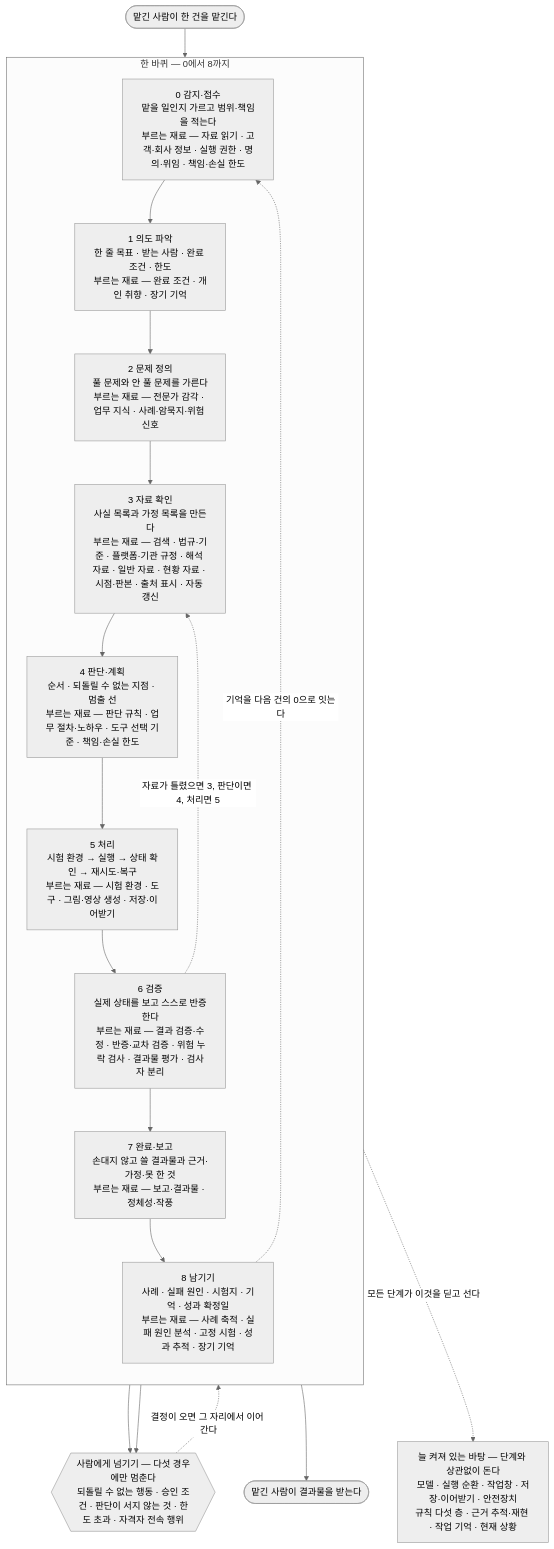
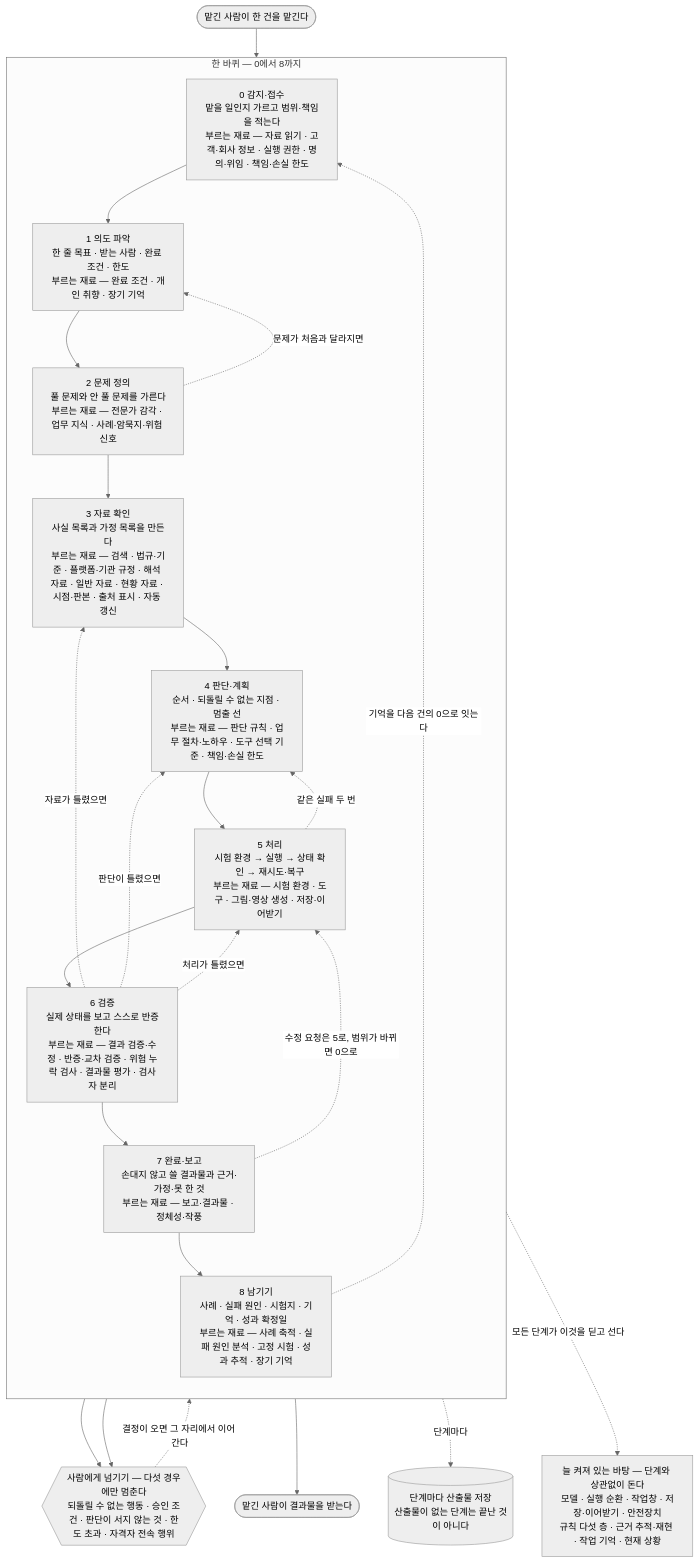
One commit to harisbaguette/expert changed the fourth of 17 diagrams in 전문가 에이전트 정의.md. Above: the diagram before and after it, drawn with Mermaid (neutral theme). The commit also changed other lines of this file, not shown here.

````diff
--- a/전문가 에이전트 정의.md
+++ b/전문가 에이전트 정의.md
@@ -2850,28 +2856,35 @@
 ```mermaid
 flowchart TB
     U(["맡긴 사람이 한 건을 맡긴다"])
     subgraph LOOP["한 바퀴 — 0에서 8까지"]
         direction TB
         P0["0 감지·접수<br/>맡을 일인지 가르고 범위·책임을 적는다<br/>부르는 재료 — 자료 읽기 · 고객·회사 정보 · 실행 권한 · 명의·위임 · 책임·손실 한도"]
         P1["1 의도 파악<br/>한 줄 목표 · 받는 사람 · 완료 조건 · 한도<br/>부르는 재료 — 완료 조건 · 개인 취향 · 장기 기억"]
         P2["2 문제 정의<br/>풀 문제와 안 풀 문제를 가른다<br/>부르는 재료 — 전문가 감각 · 업무 지식 · 사례·암묵지·위험 신호"]
         P3["3 자료 확인<br/>사실 목록과 가정 목록을 만든다<br/>부르는 재료 — 검색 · 법규·기준 · 플랫폼·기관 규정 · 해석 자료 · 일반 자료 · 현황 자료 · 시점·판본 · 출처 표시 · 자동 갱신"]
         P4["4 판단·계획<br/>순서 · 되돌릴 수 없는 지점 · 멈출 선<br/>부르는 재료 — 판단 규칙 · 업무 절차·노하우 · 도구 선택 기준 · 책임·손실 한도"]
         P5["5 처리<br/>시험 환경 → 실행 → 상태 확인 → 재시도·복구<br/>부르는 재료 — 시험 환경 · 도구 · 그림·영상 생성 · 저장·이어받기"]
         P6["6 검증<br/>실제 상태를 보고 스스로 반증한다<br/>부르는 재료 — 결과 검증·수정 · 반증·교차 검증 · 위험 누락 검사 · 결과물 평가 · 검사자 분리"]
         P7["7 완료·보고<br/>손대지 않고 쓸 결과물과 근거·가정·못 한 것<br/>부르는 재료 — 보고·결과물 · 정체성·작풍"]
         P8["8 남기기<br/>사례 · 실패 원인 · 시험지 · 기억 · 성과 확정일<br/>부르는 재료 — 사례 축적 · 실패 원인 분석 · 고정 시험 · 성과 추적 · 장기 기억"]
         P0 --> P1 --> P2 --> P3 --> P4 --> P5 --> P6 --> P7 --> P8
     end
     BASE["늘 켜져 있는 바탕 — 단계와 상관없이 돈다<br/>모델 · 실행 순환 · 작업창 · 저장·이어받기 · 안전장치<br/>규칙 다섯 층 · 근거 추적·재현 · 작업 기억 · 현재 상황"]
     H{{"사람에게 넘기기 — 다섯 경우에만 멈춘다<br/>되돌릴 수 없는 행동 · 승인 조건 · 판단이 서지 않는 것 · 한도 초과 · 자격자 전속 행위"}}
+    DB[("단계마다 산출물 저장<br/>산출물이 없는 단계는 끝난 것이 아니다")]
     OUT(["맡긴 사람이 결과물을 받는다"])
     U --> P0
     P4 --> H
     P5 --> H
     H -. "결정이 오면 그 자리에서 이어 간다" .-> P5
-    P6 -. "자료가 틀렸으면 3, 판단이면 4, 처리면 5" .-> P3
+    P2 -. "문제가 처음과 달라지면" .-> P1
+    P5 -. "같은 실패 두 번" .-> P4
+    P6 -. "자료가 틀렸으면" .-> P3
+    P6 -. "판단이 틀렸으면" .-> P4
+    P6 -. "처리가 틀렸으면" .-> P5
+    P7 -. "수정 요청은 5로, 범위가 바뀌면 0으로" .-> P5
     P8 --> OUT
     P8 -. "기억을 다음 건의 0으로 잇는다" .-> P0
+    LOOP -. "단계마다" .-> DB
     LOOP -. "모든 단계가 이것을 딛고 선다" .-> BASE
 ```
````
